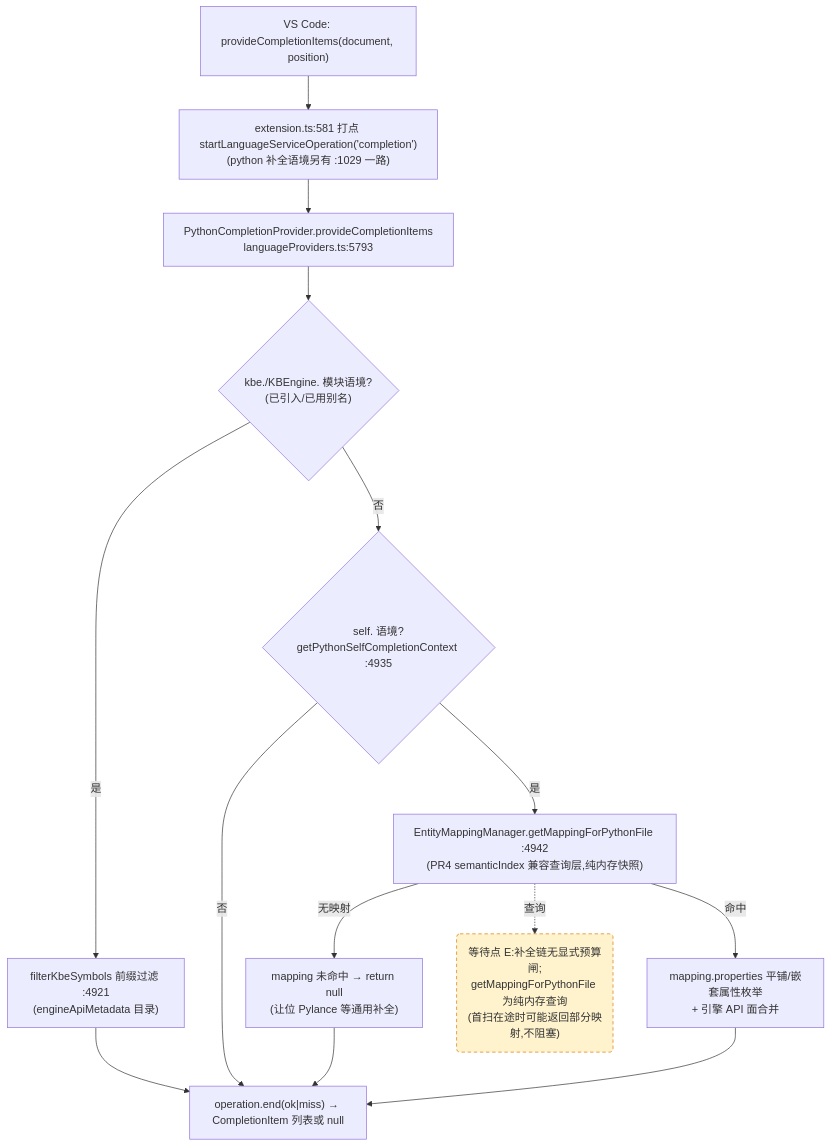
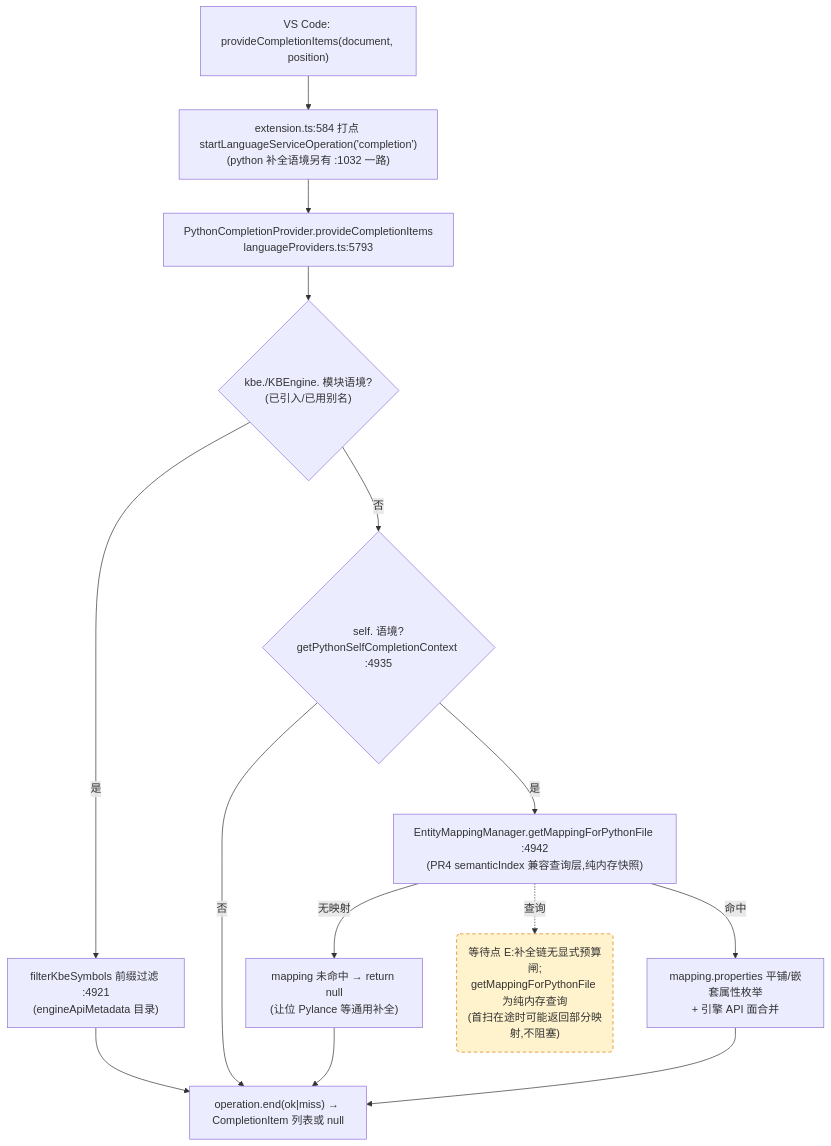
Before and after one commit to cuihairu/kode: the third of 4 diagrams in docs/perf/2026-baseline.md, drawn with Mermaid. The commit also changed other lines of this file and 8 other files, not shown here.

````diff
--- a/docs/perf/2026-baseline.md
+++ b/docs/perf/2026-baseline.md
@@ -184,27 +184,27 @@
 ```mermaid
 flowchart TD
   VC3["VS Code: provideCompletionItems(document, position)"]
-  M3["extension.ts:581 打点 startLanguageServiceOperation('completion')<br/>(python 补全语境另有 :1029 一路)"]
+  M3["extension.ts:584 打点 startLanguageServiceOperation('completion')<br/>(python 补全语境另有 :1032 一路)"]
   CP["PythonCompletionProvider.provideCompletionItems<br/>languageProviders.ts:5793"]
   KBEC{"kbe./KBEngine. 模块语境?<br/>(已引入/已用别名)"}
   FILTER["filterKbeSymbols 前缀过滤 :4921<br/>(engineApiMetadata 目录)"]
   SELFC{"self. 语境?<br/>getPythonSelfCompletionContext :4935"}
   MAP["EntityMappingManager.getMappingForPythonFile :4942<br/>(PR4 semanticIndex 兼容查询层,纯内存快照)"]
   NOMAP["mapping 未命中 → return null<br/>(让位 Pylance 等通用补全)"]
   PROPS["mapping.properties 平铺/嵌套属性枚举<br/>+ 引擎 API 面合并"]
   END3["operation.end(ok|miss) → CompletionItem 列表或 null"]
 
   VC3 --> M3 --> CP --> KBEC
   KBEC -- "是" --> FILTER --> END3
   KBEC -- "否" --> SELFC
   SELFC -- "否" --> END3
   SELFC -- "是" --> MAP
   MAP -- "无映射" --> NOMAP --> END3
   MAP -- "命中" --> PROPS --> END3
 
   WAITE("等待点 E:补全链无显式预算闸;<br/>getMappingForPythonFile 为纯内存查询<br/>(首扫在途时可能返回部分映射,不阻塞)")
   MAP -.->|查询| WAITE
 
   classDef waitPoint fill:#fff3cd,stroke:#d97706,stroke-dasharray:5 4;
   class WAITE waitPoint;
 ```
````
